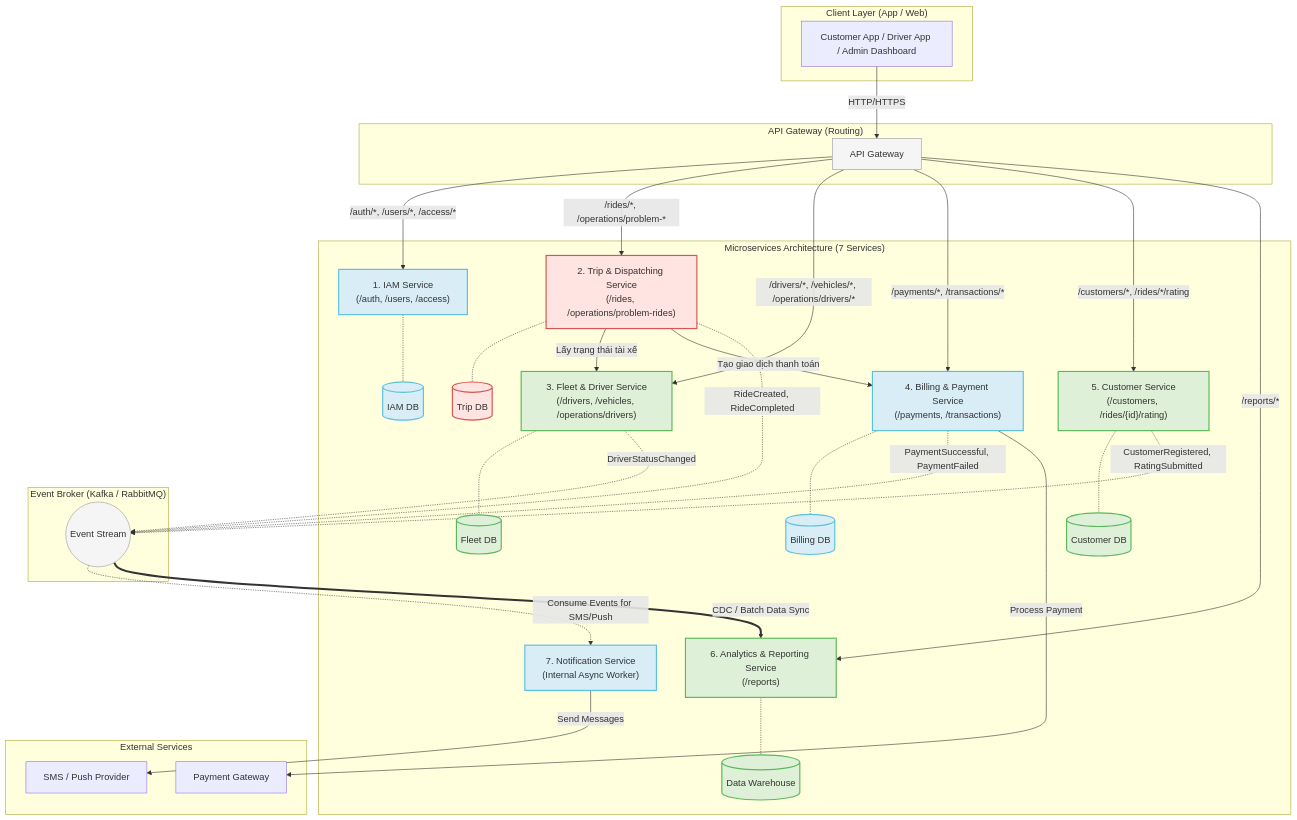
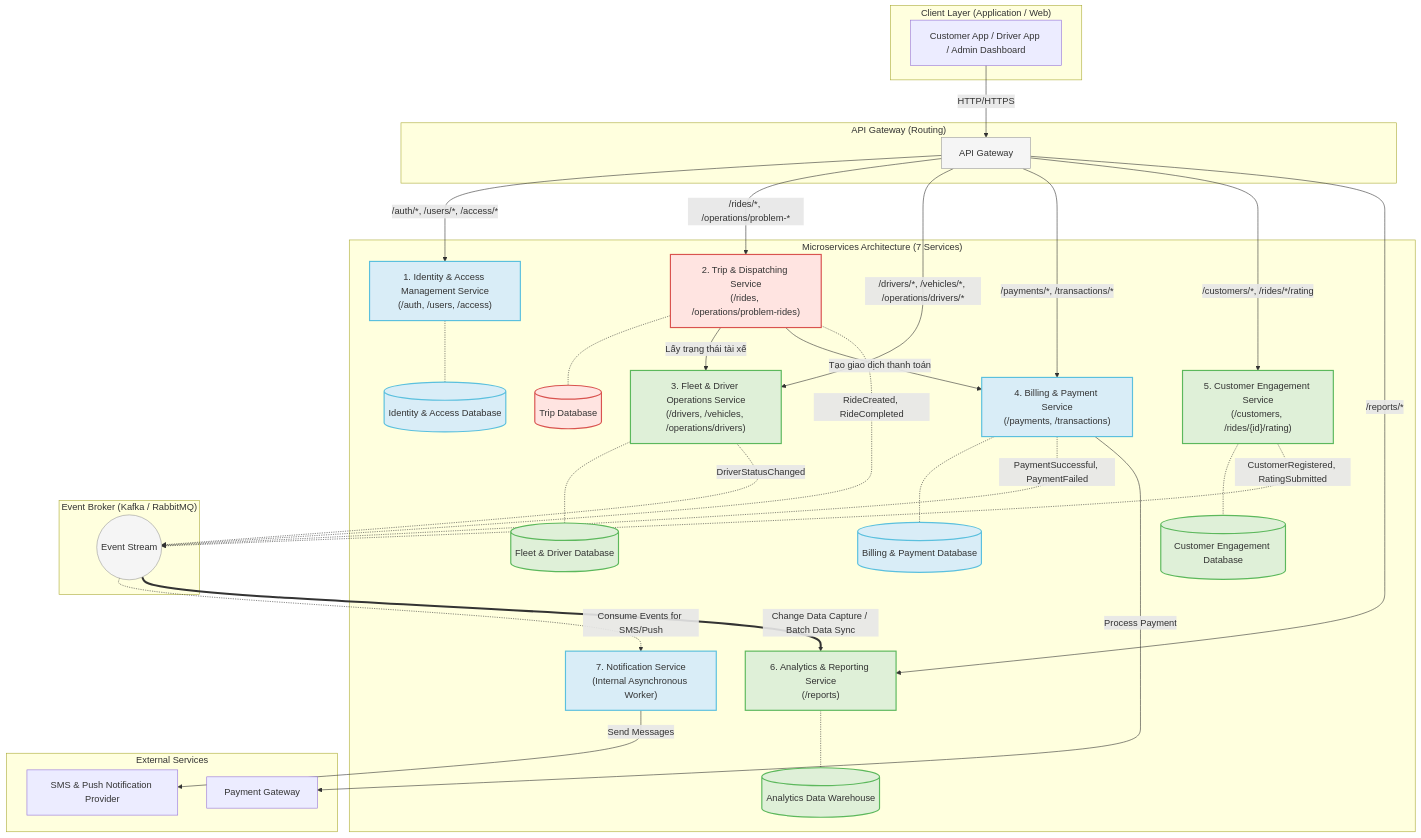
One commit to dinhkhanh3314/23637641_DinhHuynhQuocKhanh_capsystem changed the second of 2 diagrams in README.md. Above: the diagram before and after it, drawn with Mermaid.

````diff
--- a/README.md
+++ b/README.md
@@ -1383,6 +1383,6 @@
 ```mermaid
 flowchart TB
-    subgraph ClientLayer ["Client Layer (App / Web)"]
+    subgraph ClientLayer ["Client Layer (Application / Web)"]
         Web[Customer App / Driver App / Admin Dashboard]
     end
 
@@ -1394,28 +1394,28 @@
 
     subgraph MicroservicesGrid ["Microservices Architecture (7 Services)"]
 
-        IAM_Service["1. IAM Service<br>(/auth, /users, /access)"]
+        IAM_Service["1. Identity & Access Management Service<br>(/auth, /users, /access)"]
         Trip_Service["2. Trip & Dispatching Service<br>(/rides, /operations/problem-rides)"]
-        Fleet_Service["3. Fleet & Driver Service<br>(/drivers, /vehicles, /operations/drivers)"]
+        Fleet_Service["3. Fleet & Driver Operations Service<br>(/drivers, /vehicles, /operations/drivers)"]
         Billing_Service["4. Billing & Payment Service<br>(/payments, /transactions)"]
-        Customer_Service["5. Customer Service<br>(/customers, /rides/{id}/rating)"]
+        Customer_Service["5. Customer Engagement Service<br>(/customers, /rides/{id}/rating)"]
         Analytics_Service["6. Analytics & Reporting Service<br>(/reports)"]
-        Notification_Service["7. Notification Service<br>(Internal Async Worker)"]
+        Notification_Service["7. Notification Service<br>(Internal Asynchronous Worker)"]
 
         %% Databases for Database-per-service pattern
-        IAM_DB[(IAM DB)]
-        Trip_DB[(Trip DB)]
-        Fleet_DB[(Fleet DB)]
-        Billing_DB[(Billing DB)]
-        Cust_DB[(Customer DB)]
-        DW[(Data Warehouse)]
+        IAM_Database[(Identity & Access Database)]
+        Trip_Database[(Trip Database)]
+        Fleet_Database[(Fleet & Driver Database)]
+        Billing_Database[(Billing & Payment Database)]
+        Customer_Database[(Customer Engagement Database)]
+        Data_Warehouse[(Analytics Data Warehouse)]
 
-        IAM_Service -.- IAM_DB
-        Trip_Service -.- Trip_DB
-        Fleet_Service -.- Fleet_DB
-        Billing_Service -.- Billing_DB
-        Customer_Service -.- Cust_DB
-        Analytics_Service -.- DW
+        IAM_Service -.- IAM_Database
+        Trip_Service -.- Trip_Database
+        Fleet_Service -.- Fleet_Database
+        Billing_Service -.- Billing_Database
+        Customer_Service -.- Customer_Database
+        Analytics_Service -.- Data_Warehouse
     end
 
     %% Gateway Routing Mapping
@@ -1442,12 +1442,12 @@
 
     %% Consumers
     Broker -.->|Consume Events for SMS/Push| Notification_Service
-    Broker ==>|CDC / Batch Data Sync| Analytics_Service
+    Broker ==>|Change Data Capture / Batch Data Sync| Analytics_Service
 
     %% External Systems
     subgraph External ["External Services"]
         ExtPayment[Payment Gateway]
-        ExtSMS[SMS / Push Provider]
+        ExtSMS[SMS & Push Notification Provider]
     end
 
     Billing_Service -->|Process Payment| ExtPayment
@@ -1459,8 +1459,8 @@
     classDef generic fill:#d9edf7,stroke:#5bc0de,stroke-width:2px,color:#333;
     classDef infra fill:#f5f5f5,stroke:#999,stroke-width:1px,color:#333;
 
-    class Trip_Service,Trip_DB core;
-    class Fleet_Service,Fleet_DB,Customer_Service,Cust_DB,Analytics_Service,DW support;
-    class IAM_Service,IAM_DB,Billing_Service,Billing_DB,Notification_Service generic;
+    class Trip_Service,Trip_Database core;
+    class Fleet_Service,Fleet_Database,Customer_Service,Customer_Database,Analytics_Service,Data_Warehouse support;
+    class IAM_Service,IAM_Database,Billing_Service,Billing_Database,Notification_Service generic;
     class Gateway,Broker infra;
 ```
````
